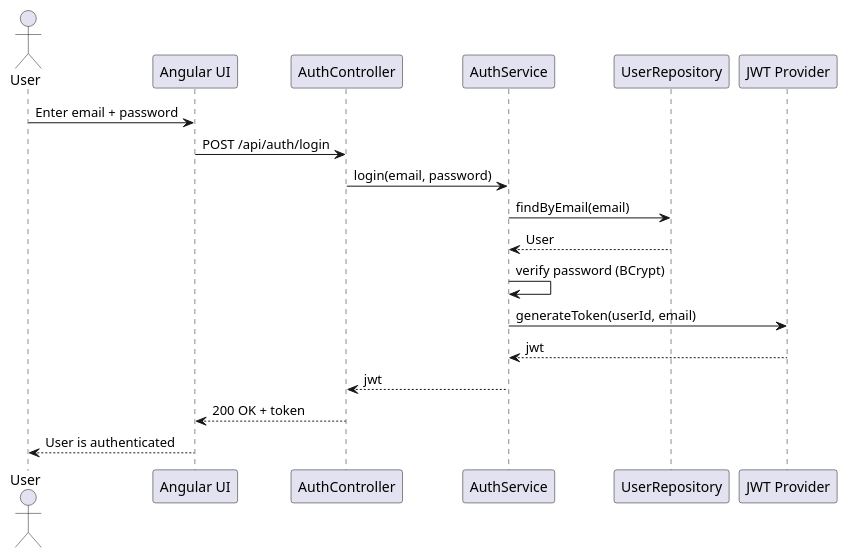
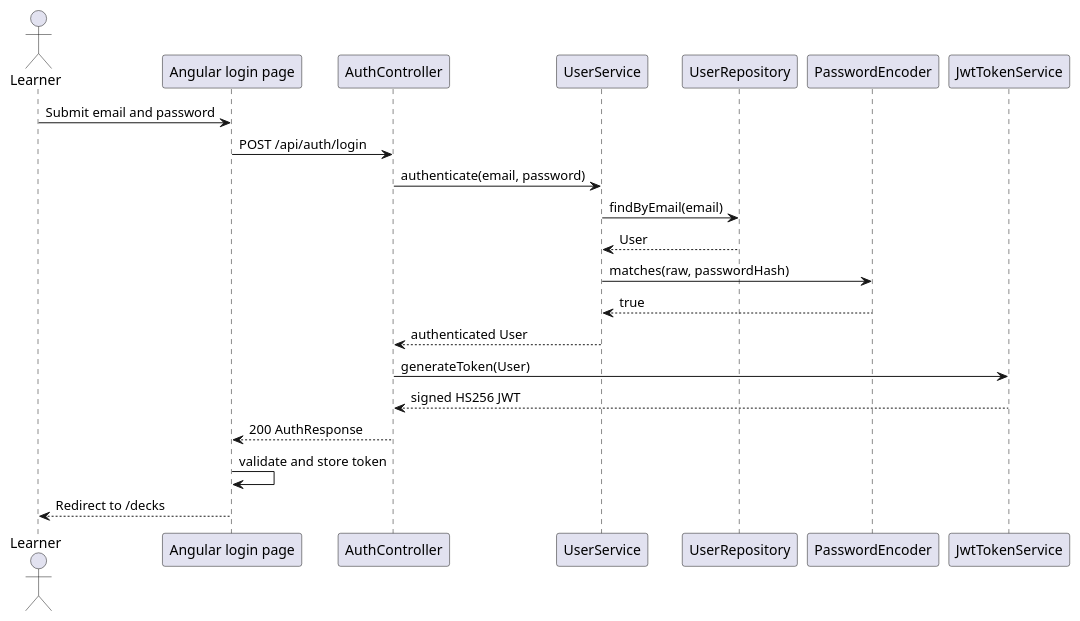
Before and after one commit to savychev/intec-ep-linguacards: the diagram in docs/uml/sequence-login.puml, drawn with PlantUML. The commit also changed 21 other files, not shown here.

```diff
--- a/docs/uml/sequence-login.puml
+++ b/docs/uml/sequence-login.puml
@@ -1,20 +1,24 @@
 @startuml
-actor User as U
-participant "Angular UI" as UI
-participant "AuthController" as C
-participant "AuthService" as S
-participant "UserRepository" as R
-participant "JWT Provider" as J
+actor Learner
+participant "Angular login page" as UI
+participant AuthController as Controller
+participant UserService as Service
+participant UserRepository as Repository
+participant PasswordEncoder as Encoder
+participant JwtTokenService as JWT
 
-U -> UI: Enter email + password
-UI -> C: POST /api/auth/login
-C -> S: login(email, password)
-S -> R: findByEmail(email)
-R --> S: User
-S -> S: verify password (BCrypt)
-S -> J: generateToken(userId, email)
-J --> S: jwt
-S --> C: jwt
-C --> UI: 200 OK + token
-UI --> U: User is authenticated
+Learner -> UI: Submit email and password
+UI -> Controller: POST /api/auth/login
+Controller -> Service: authenticate(email, password)
+Service -> Repository: findByEmail(email)
+Repository --> Service: User
+Service -> Encoder: matches(raw, passwordHash)
+Encoder --> Service: true
+Service --> Controller: authenticated User
+Controller -> JWT: generateToken(User)
+JWT --> Controller: signed HS256 JWT
+Controller --> UI: 200 AuthResponse
+UI -> UI: validate and store token
+UI --> Learner: Redirect to /decks
+
 @enduml
```
